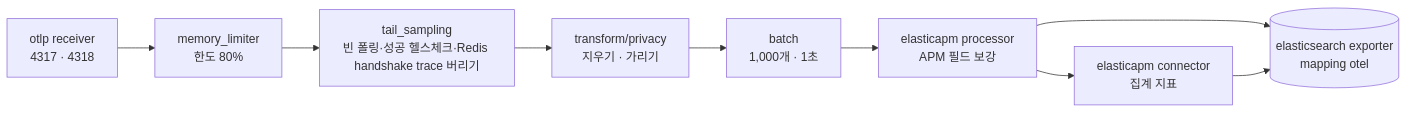
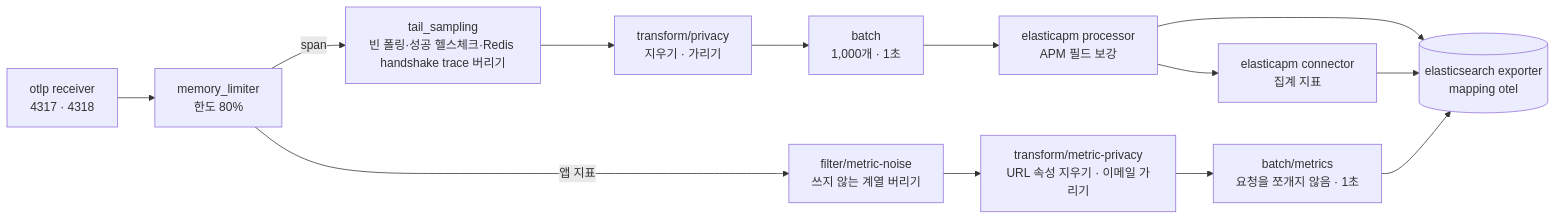
The third of 4 diagrams in APM_ARCHITECTURE.md (soma-lorekeeper/docs), drawn with Mermaid before and after one commit. The commit also changed other lines of this file and 5 other files, not shown here.

````diff
--- a/APM_ARCHITECTURE.md
+++ b/APM_ARCHITECTURE.md
@@ -125,6 +129,8 @@
 ```mermaid
 flowchart LR
-  R["otlp receiver<br/>4317 · 4318"] --> M["memory_limiter<br/>한도 80%"] --> TS["tail_sampling<br/>빈 폴링·성공 헬스체크·Redis handshake trace 버리기"] --> T["transform/privacy<br/>지우기 · 가리기"] --> BT["batch<br/>1,000개 · 1초"] --> P["elasticapm processor<br/>APM 필드 보강"]
+  R["otlp receiver<br/>4317 · 4318"] --> M["memory_limiter<br/>한도 80%"]
+  M -->|"span"| TS["tail_sampling<br/>빈 폴링·성공 헬스체크·Redis handshake trace 버리기"] --> T["transform/privacy<br/>지우기 · 가리기"] --> BT["batch<br/>1,000개 · 1초"] --> P["elasticapm processor<br/>APM 필드 보강"]
   P --> E[("elasticsearch exporter<br/>mapping otel")]
   P --> C["elasticapm connector<br/>집계 지표"] --> E
+  M -->|"앱 지표"| FM["filter/metric-noise<br/>쓰지 않는 계열 버리기"] --> TM["transform/metric-privacy<br/>URL 속성 지우기 · 이메일 가리기"] --> BM["batch/metrics<br/>요청을 쪼개지 않음 · 1초"] --> E
 ```
````
